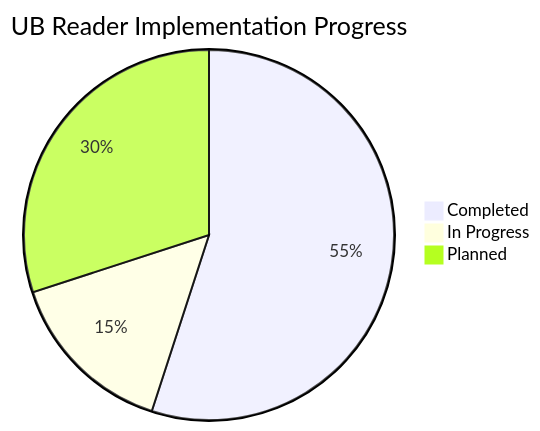
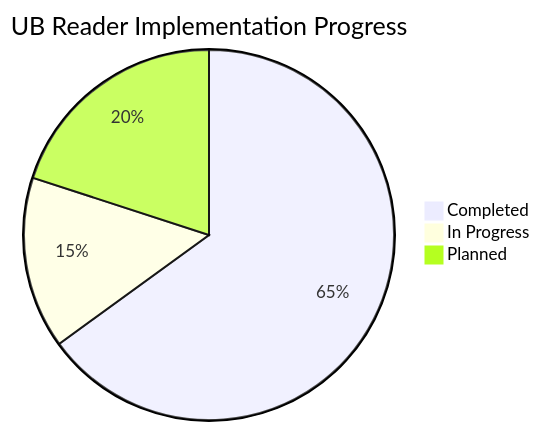
Before and after one commit to emen7/poprev2: the diagram in memory-bank/progress.md, drawn with Mermaid. The commit also changed other lines of this file and 626 other files, not shown here.

````diff
--- a/memory-bank/progress.md
+++ b/memory-bank/progress.md
@@ -7,6 +7,6 @@
 ```mermaid
 pie title UB Reader Implementation Progress
-    "Completed" : 55
+    "Completed" : 65
     "In Progress" : 15
-    "Planned" : 30
+    "Planned" : 20
 ```
````
